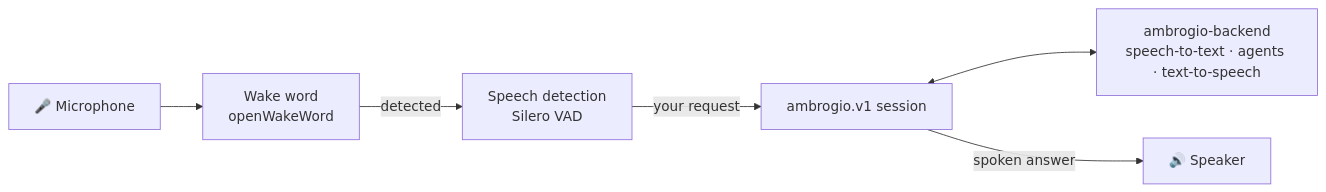
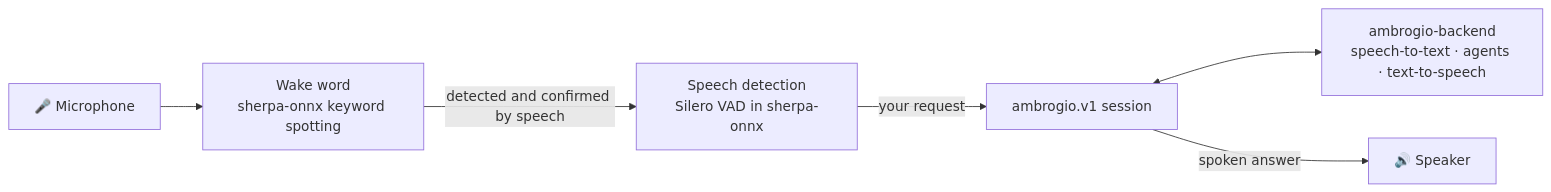
One commit to ambrogio-app/ambrogio-satellite changed the first of 2 diagrams in README.md. Above: the diagram before and after it, drawn with Mermaid. The commit also changed other lines of this file and 62 other files, not shown here.

````diff
--- a/README.md
+++ b/README.md
@@ -27,8 +27,8 @@
 ```mermaid
 flowchart LR
-    MIC[🎤 Microphone] --> WW[Wake word<br/>openWakeWord]
-    WW -- detected --> VAD[Speech detection<br/>Silero VAD]
+    MIC[🎤 Microphone] --> WW[Wake word<br/>sherpa-onnx keyword spotting]
+    WW -- detected and confirmed by speech --> VAD[Speech detection<br/>Silero VAD in sherpa-onnx]
     VAD -- your request --> WS[ambrogio.v1 session]
     WS <--> B[ambrogio-backend<br/>speech-to-text · agents · text-to-speech]
     WS -- spoken answer --> SPK[🔊 Speaker]
 ```
````
